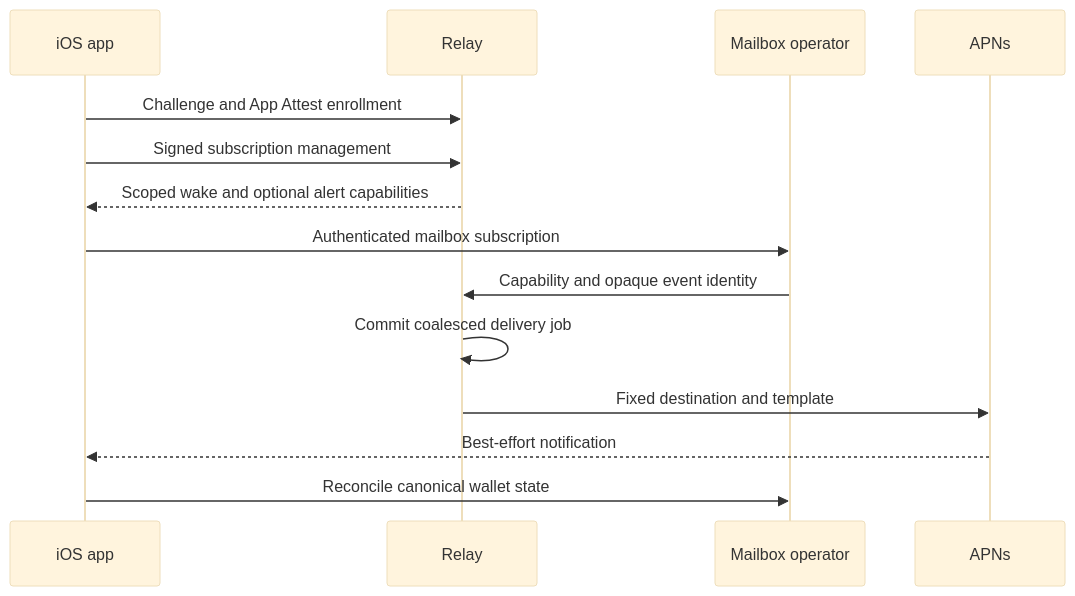
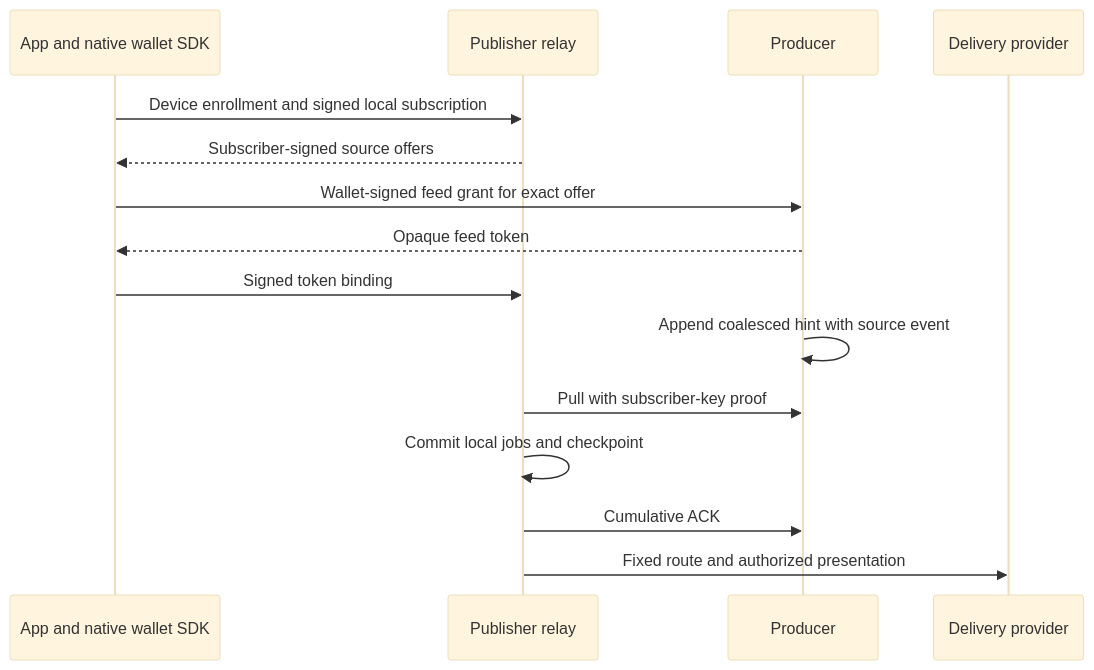
One commit to lightninglabs/wavelength changed the diagram in docs/notification-relay.md. Above: the diagram before and after it, drawn with Mermaid (base theme). The commit also changed other lines of this file and 2 other files, not shown here.

First line of the commit message:
docs: describe publisher setup for the SQL subscriber relay

````diff
--- a/docs/notification-relay.md
+++ b/docs/notification-relay.md
@@ -10,16 +9,17 @@
 ```mermaid
 sequenceDiagram
-    participant A as iOS app
-    participant R as Relay
-    participant O as Mailbox operator
-    participant P as APNs
-    A->>R: Challenge and App Attest enrollment
-    A->>R: Signed subscription management
-    R-->>A: Scoped wake and optional alert capabilities
-    A->>O: Authenticated mailbox subscription
-    O->>R: Capability and opaque event identity
-    R->>R: Commit coalesced delivery job
-    R->>P: Fixed destination and template
-    P-->>A: Best-effort notification
-    A->>O: Reconcile canonical wallet state
+    participant A as App and native wallet SDK
+    participant R as Publisher relay
+    participant S as Producer
+    participant P as Delivery provider
+    A->>R: Device enrollment and signed local subscription
+    R-->>A: Subscriber-signed source offers
+    A->>S: Wallet-signed feed grant for exact offer
+    S-->>A: Opaque feed token
+    A->>R: Signed token binding
+    S->>S: Append coalesced hint with source event
+    R->>S: Pull with subscriber-key proof
+    R->>R: Commit local jobs and checkpoint
+    R->>S: Cumulative ACK
+    R->>P: Fixed route and authorized presentation
 ```
````
